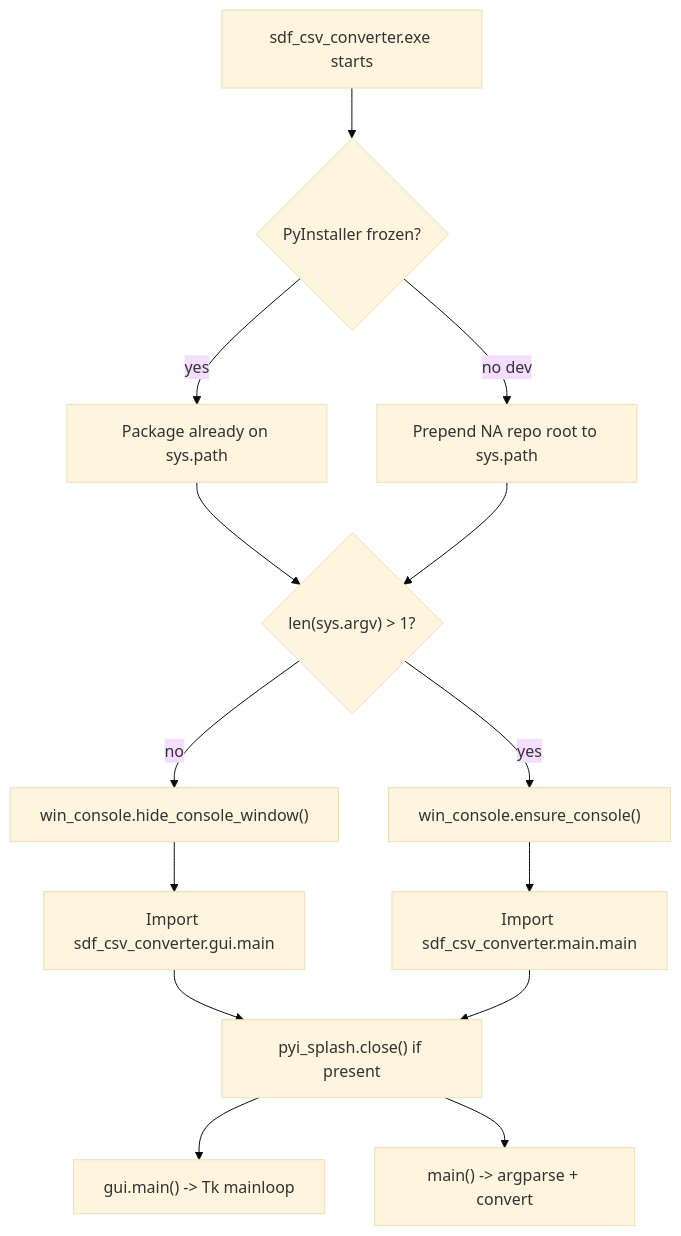
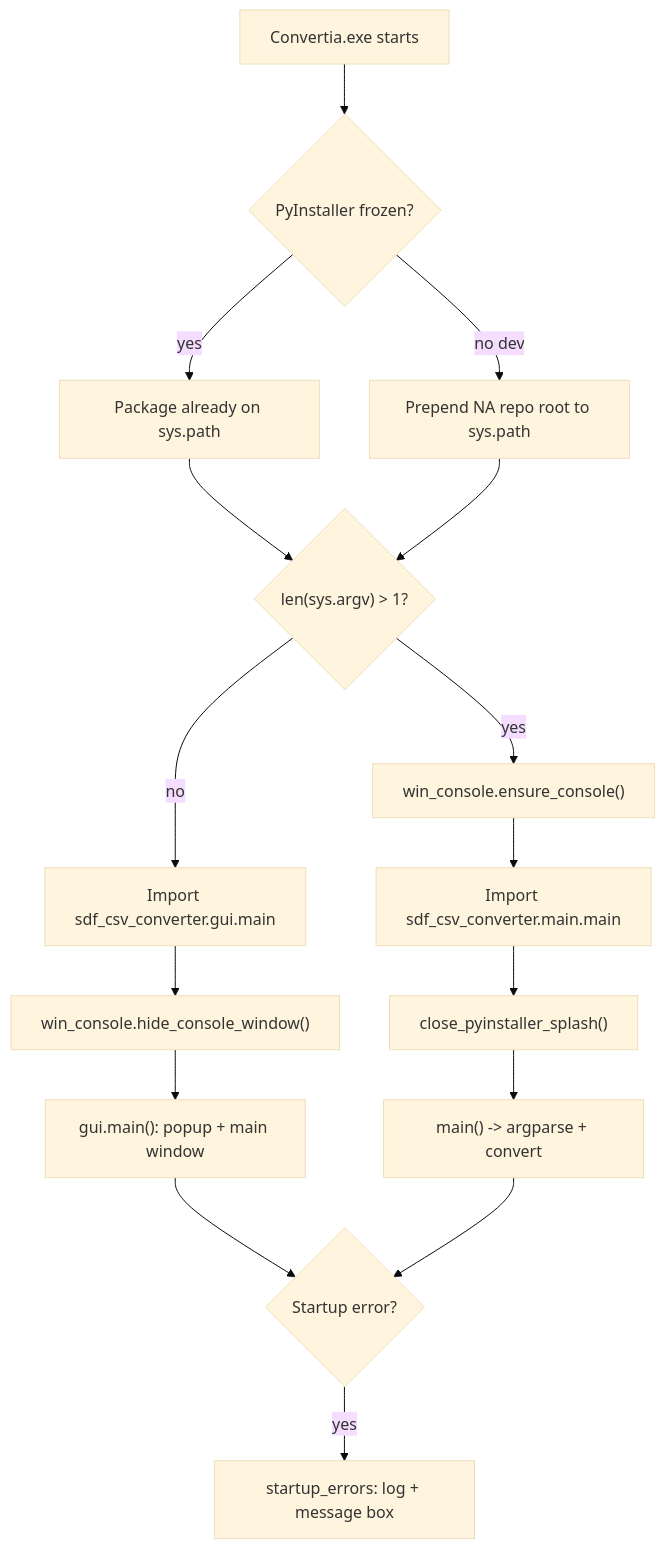
One commit to sameer24688-jpg/Convertia changed the first of 4 diagrams in standalone/ARCHITECTURE.md. Above: the diagram before and after it, drawn with Mermaid (base theme). The commit also changed other lines of this file and 7 other files, not shown here.

````diff
--- a/standalone/ARCHITECTURE.md
+++ b/standalone/ARCHITECTURE.md
@@ -53,16 +63,18 @@
 ```mermaid
 flowchart TD
-    start["sdf_csv_converter.exe starts"] --> frozen{"PyInstaller frozen?"}
+    start["Convertia.exe starts"] --> frozen{"PyInstaller frozen?"}
     frozen -->|yes| bundled["Package already on sys.path"]
     frozen -->|no dev| path["Prepend NA repo root to sys.path"]
     bundled --> args{"len(sys.argv) > 1?"}
     path --> args
-    args -->|no| hideConsole["win_console.hide_console_window()"]
-    hideConsole --> guiPath["Import sdf_csv_converter.gui.main"]
+    args -->|no| guiImport["Import sdf_csv_converter.gui.main"]
+    guiImport --> hideConsole["win_console.hide_console_window()"]
+    hideConsole --> guiRun["gui.main(): popup + main window"]
     args -->|yes| cliPath["win_console.ensure_console()"]
     cliPath --> cliImport["Import sdf_csv_converter.main.main"]
-    guiPath --> splashClose["pyi_splash.close() if present"]
-    cliImport --> splashClose
-    splashClose --> guiRun["gui.main() -> Tk mainloop"]
+    cliImport --> splashClose["close_pyinstaller_splash()"]
     splashClose --> cliRun["main() -> argparse + convert"]
+    guiRun --> err{"Startup error?"}
+    cliRun --> err
+    err -->|yes| report["startup_errors: log + message box"]
 ```
````
